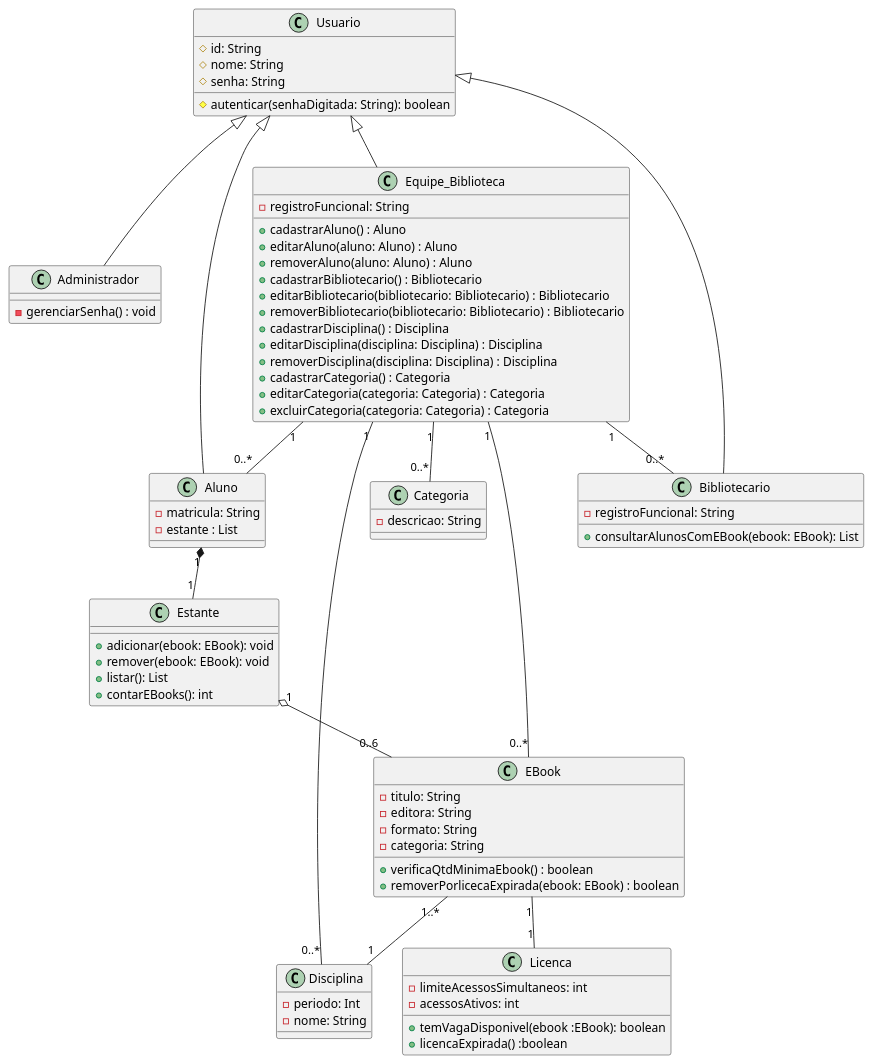
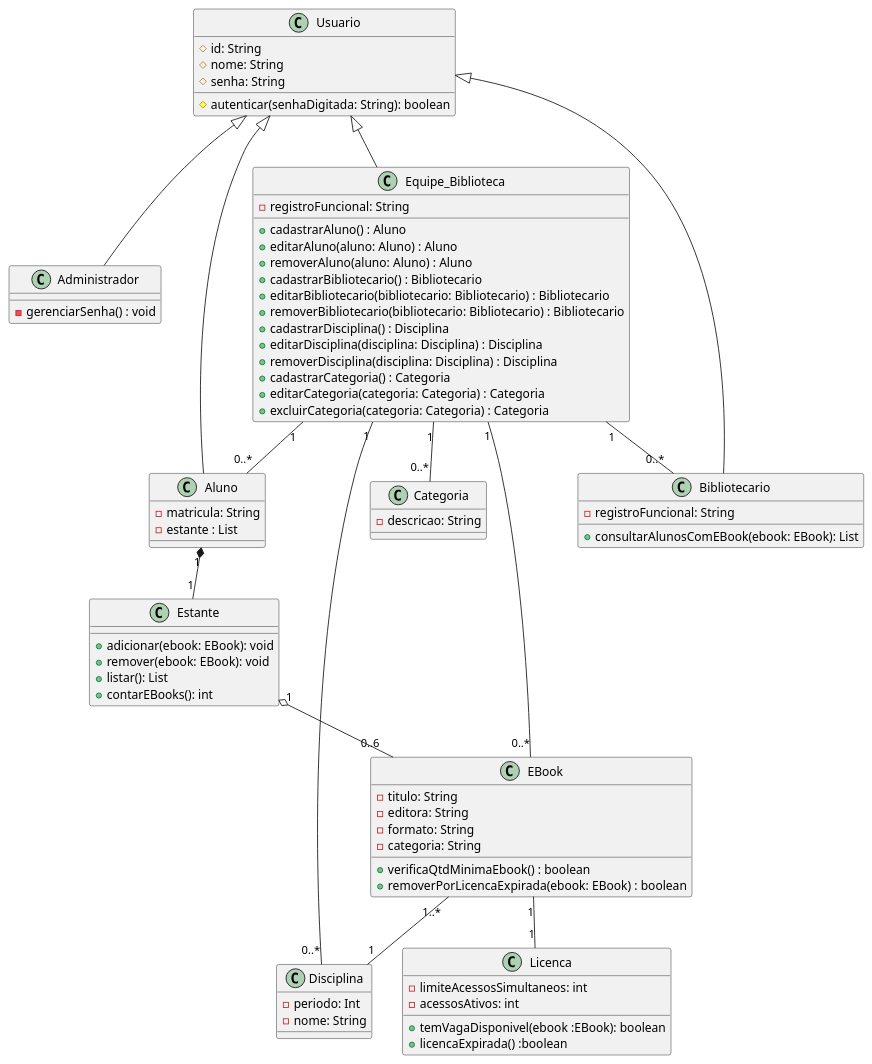
One commit to brunokilo/lab01-ebooks-biblioteca changed the diagram in docs/diagramas/diagrama-de-classe.puml. Above: the diagram before and after it, drawn with PlantUML.

Commit message:
diagrama: correção do nome do método removerPorLicencaExpirada na classe EBook

```diff
--- a/docs/diagramas/diagrama-de-classe.puml
+++ b/docs/diagramas/diagrama-de-classe.puml
@@ -1,87 +1,87 @@
 @startuml diagrama_de_classes_ebooks
 
 class Usuario {
   #id: String
   #nome: String
   #senha: String
   #autenticar(senhaDigitada: String): boolean
 }
 
 class Administrador{
   -gerenciarSenha() : void
 }
 
 class Aluno {
   -matricula: String
   -estante : List
 }
 
 class Bibliotecario {
   -registroFuncional: String
   +consultarAlunosComEBook(ebook: EBook): List
 }
 
 class Equipe_Biblioteca{
   -registroFuncional: String
   +cadastrarAluno() : Aluno
   +editarAluno(aluno: Aluno) : Aluno
   +removerAluno(aluno: Aluno) : Aluno
   +cadastrarBibliotecario() : Bibliotecario
   +editarBibliotecario(bibliotecario: Bibliotecario) : Bibliotecario
   +removerBibliotecario(bibliotecario: Bibliotecario) : Bibliotecario
   +cadastrarDisciplina() : Disciplina
   +editarDisciplina(disciplina: Disciplina) : Disciplina
   +removerDisciplina(disciplina: Disciplina) : Disciplina
   +cadastrarCategoria() : Categoria
   +editarCategoria(categoria: Categoria) : Categoria
   +excluirCategoria(categoria: Categoria) : Categoria
 
 }
 
 class Disciplina{
   -periodo: Int
   -nome: String
 }
 
 class Categoria{
   -descricao: String
 }
 
 class EBook {
   -titulo: String
   -editora: String
   -formato: String
   -categoria: String
   +verificaQtdMinimaEbook() : boolean
-  +removerPorlicecaExpirada(ebook: EBook) : boolean
+  +removerPorLicencaExpirada(ebook: EBook) : boolean
 }
 
 class Licenca {
   -limiteAcessosSimultaneos: int
   -acessosAtivos: int
   +temVagaDisponivel(ebook :EBook): boolean
   +licencaExpirada() :boolean
 }
 
 class Estante {
   +adicionar(ebook: EBook): void
   +remover(ebook: EBook): void
   +listar(): List
   +contarEBooks(): int
 }
 
 Usuario <|-- Aluno
 Usuario <|-- Bibliotecario
 Usuario <|-- Equipe_Biblioteca
 Usuario <|-- Administrador
 
 Aluno "1" *-- "1" Estante
 Estante "1" o-- "0..6" EBook
 EBook "1" -- "1" Licenca
 EBook "1..*" -- "1" Disciplina
 Equipe_Biblioteca "1" -- "0..*" Aluno
 Equipe_Biblioteca "1" -- "0..*" Bibliotecario
 Equipe_Biblioteca "1" -- "0..*" EBook
 Equipe_Biblioteca "1" -- "0..*" Disciplina
 Equipe_Biblioteca "1" -- "0..*" Categoria
 @enduml
```
